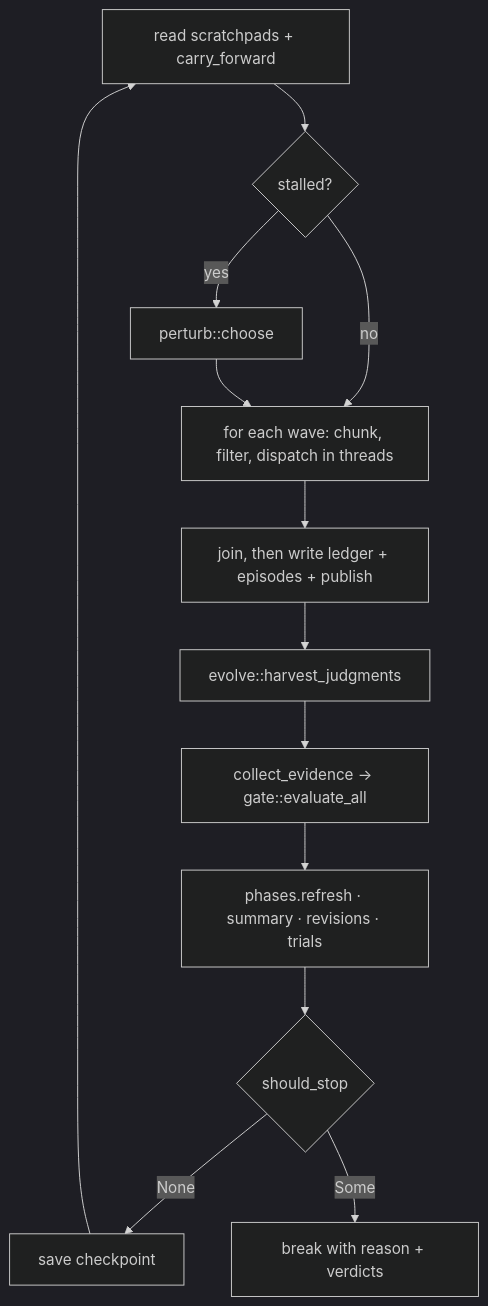
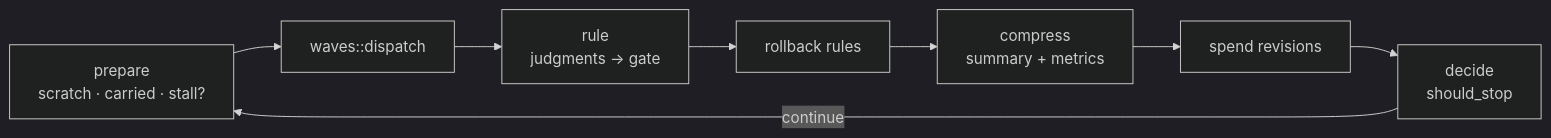
Before and after one commit to bitphill/loopsmith: the second of 2 diagrams in wiki/loop-execution-engine.md, drawn with Mermaid (dark theme). The commit also changed other lines of this file and 30 other files, not shown here.

````diff
--- a/wiki/loop-execution-engine.md
+++ b/wiki/loop-execution-engine.md
@@ -55,14 +80,10 @@
 ```mermaid
-flowchart TD
-    A[read scratchpads + carry_forward] --> B{stalled?}
-    B -- yes --> C[perturb::choose]
-    B -- no --> D
-    C --> D[for each wave: chunk, filter, dispatch in threads]
-    D --> E[join, then write ledger + episodes + publish]
-    E --> F[evolve::harvest_judgments]
-    F --> G[collect_evidence → gate::evaluate_all]
-    G --> H[phases.refresh · summary · revisions · trials]
-    H --> I{should_stop}
-    I -- None --> J[save checkpoint] --> A
-    I -- Some --> K[break with reason + verdicts]
+flowchart LR
+    P[prepare<br/>scratch · carried · stall?] --> D[waves::dispatch]
+    D --> R[rule<br/>judgments → gate]
+    R --> B[rollback rules]
+    B --> C[compress<br/>summary + metrics]
+    C --> V[spend revisions]
+    V --> S[decide<br/>should_stop]
+    S -->|continue| P
 ```
````
